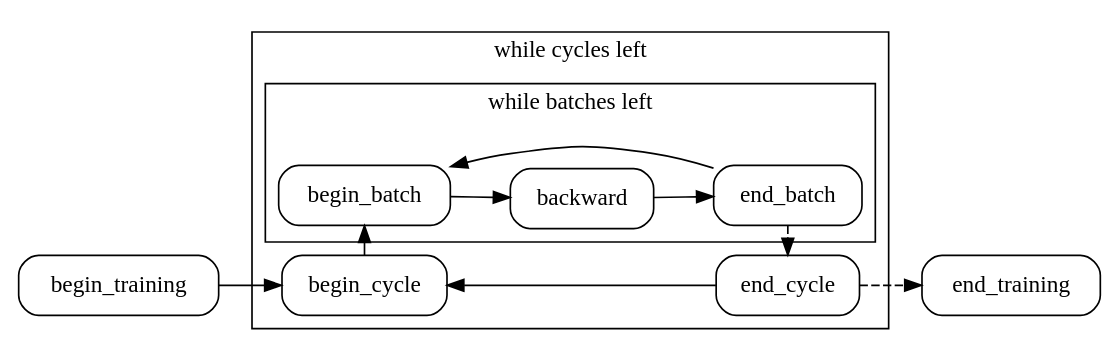
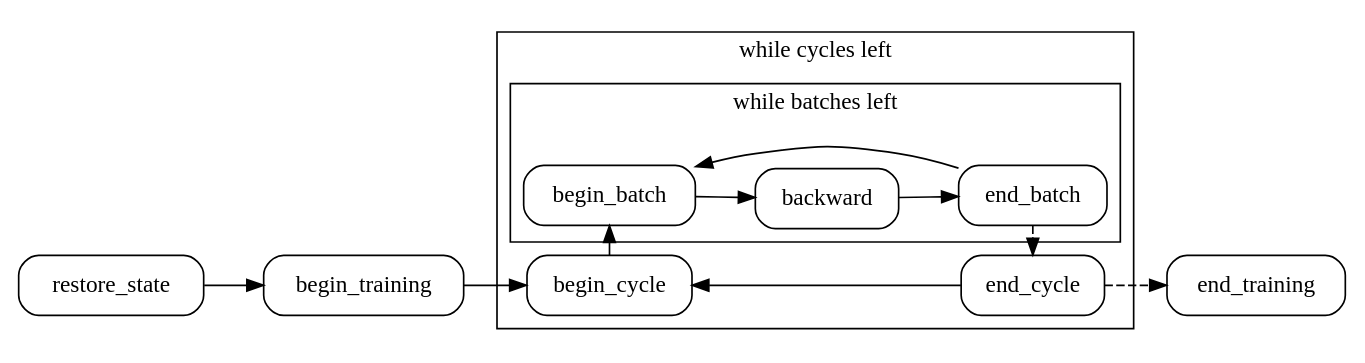
Before and after one commit to EmbarkStudios/emote: the diagram in docs/callback.rst, drawn with Graphviz. The commit also changed other lines of this file and 7 other files, not shown here.

Commit message:
split state restoration from begin_training

```diff
--- a/docs/callback.rst
+++ b/docs/callback.rst
@@ -18,33 +18,34 @@
 .. graphviz::
 
     digraph foo {
       rankdir=LR;
       node [shape=rectangle,style="rounded"]
-	  
+
       newrank=true;
       { rank=same;  begin_cycle;  begin_batch; }
       { rank=same;  end_batch; end_cycle; }
-	  
+
+	  restore_state;
       begin_training;
       subgraph cluster_cycle {
         label = "while cycles left"
         begin_cycle;
 
         subgraph cluster_batch {
           label = "while batches left";
           begin_batch;
           backward;
           end_batch;
         }
         end_cycle;
       }
 	  end_training;
-	  
-      begin_training -> begin_cycle -> begin_batch -> backward -> end_batch;
+
+      restore_state -> begin_training -> begin_cycle -> begin_batch -> backward -> end_batch;
 
       end_batch -> begin_batch [constraint=no];
       end_cycle -> begin_cycle [constraint=no];
 
       end_batch -> end_cycle [style=dashed]
       end_cycle -> end_training [style=dashed]
    }
```
